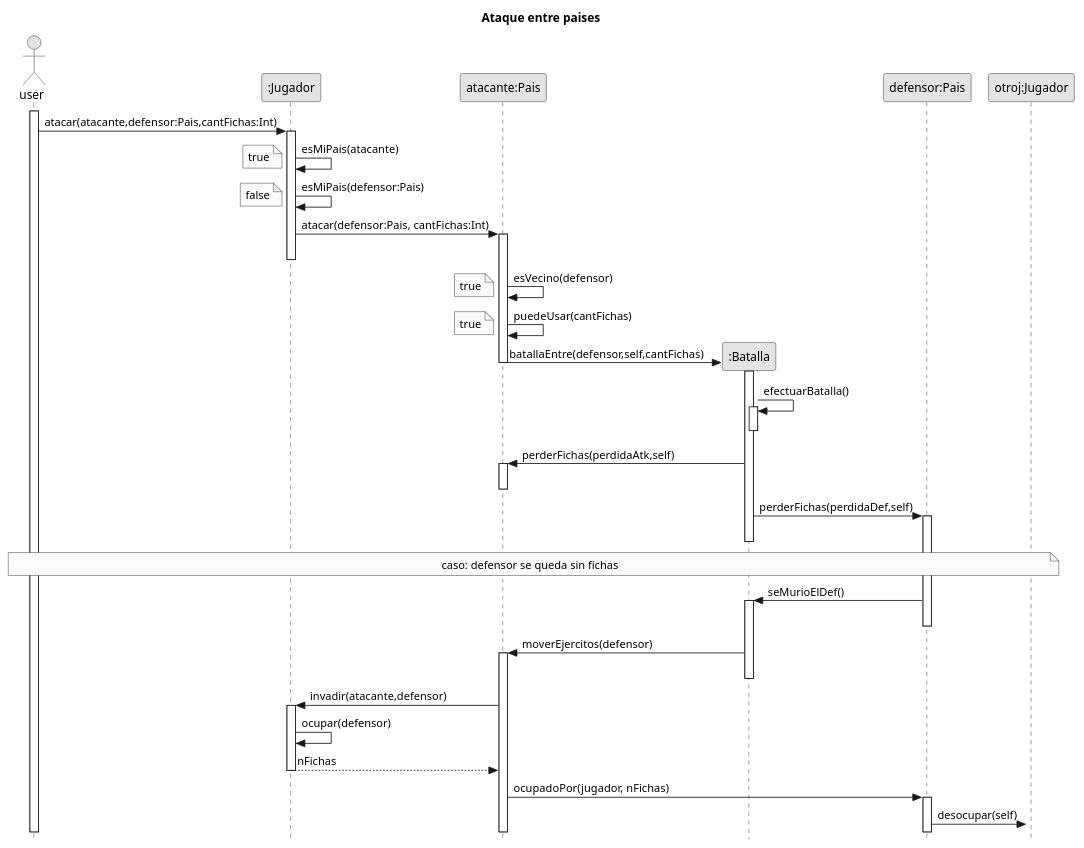
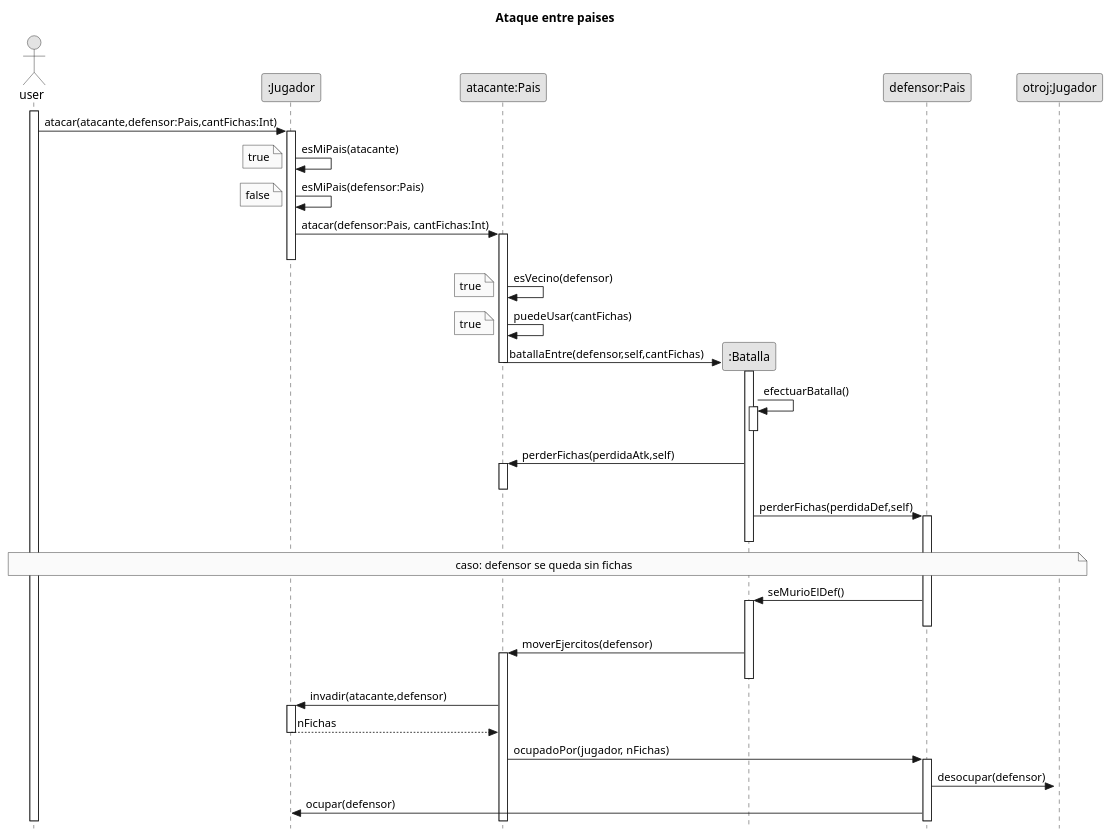
Before and after one commit to Gabrielsem/A.L.T.E.G.O.: the diagram in UML/Secuencia.plantuml, drawn with PlantUML. The commit also changed 2 other files, not shown here.

Commit message:
Agrego países limítrofes a constructor de Pais, ahora país avisa a Jugador cuando debe ocuparlo, actualizo diagrama de secuencia, actualizo pruebas

```diff
--- a/UML/Secuencia.plantuml
+++ b/UML/Secuencia.plantuml
@@ -1,71 +1,71 @@
 @startuml
 skinparam style strictuml
 skinparam classAttributeIconSize 0
 skinparam monochrome true
 
 title **Ataque entre paises**
 
 actor user
 participant jugador as ":Jugador"
 participant atk as "atacante:Pais"
 participant batalla as ":Batalla"
 participant def as "defensor:Pais"
 participant defJ as "otroj:Jugador"
 
 user ++
 user -> jugador ++: atacar(atacante,defensor:Pais,cantFichas:Int)
 
 jugador -> jugador : esMiPais(atacante)
 note left
 	true
 end note
 
 jugador -> jugador : esMiPais(defensor:Pais)
 note left
 	false
 end note
 
 jugador -> atk ++: atacar(defensor:Pais, cantFichas:Int)
 jugador --
 
 atk -> atk : esVecino(defensor)
 note left
 	true
 end note
 
 atk -> atk: puedeUsar(cantFichas)
 note left
 	true
 end note
 
 atk -> batalla **: batallaEntre(defensor,self,cantFichas)
 batalla ++
 atk --
 batalla -> batalla ++: efectuarBatalla()
 batalla --
 atk <- batalla ++: perderFichas(perdidaAtk,self)
 atk -- 
 batalla -> def ++: perderFichas(perdidaDef,self)
 batalla --
 note over user,defJ
 	caso: defensor se queda sin fichas
 end note
 
 
 defJ--
 
 batalla <- def ++ : seMurioElDef()
 def --
 atk <- batalla ++ : moverEjercitos(defensor)
 batalla --
 
 jugador <- atk ++: invadir(atacante,defensor)
-jugador -> jugador: ocupar(defensor)
 jugador --> atk -- : nFichas
 
 atk -> def ++: ocupadoPor(jugador, nFichas)
-def -> defJ ++: desocupar(self)
+def -> defJ ++: desocupar(defensor)
+def -> jugador: ocupar(defensor)
 
 
 
 @enduml
```
